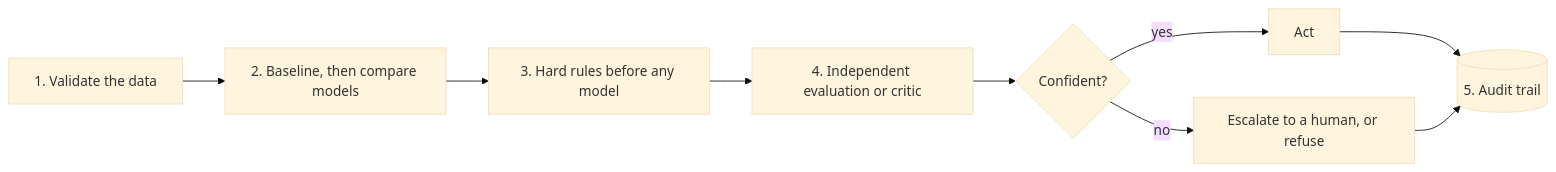
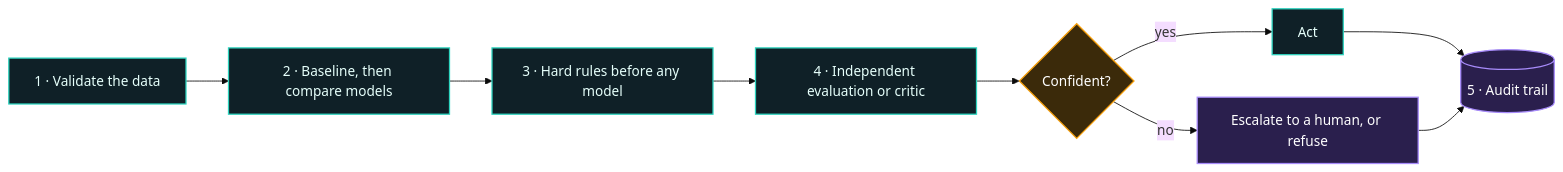
The first of 3 diagrams in README.md (adityapurohit-tech/adityapurohit-tech), drawn with Mermaid (base theme) before and after one commit. The commit also changed other lines of this file, not shown here.

````diff
--- a/README.md
+++ b/README.md
@@ -73,11 +86,17 @@
 ```mermaid
 flowchart LR
-  A["1. Validate the data"] --> B["2. Baseline, then compare models"]
-  B --> C["3. Hard rules before any model"]
-  C --> D["4. Independent evaluation or critic"]
+  A["1 · Validate the data"] --> B["2 · Baseline, then compare models"]
+  B --> C["3 · Hard rules before any model"]
+  C --> D["4 · Independent evaluation or critic"]
   D --> E{"Confident?"}
   E -->|yes| F["Act"]
   E -->|no| G["Escalate to a human, or refuse"]
-  F --> H[("5. Audit trail")]
+  F --> H[("5 · Audit trail")]
   G --> H
+  classDef step fill:#0f2027,stroke:#2dd4bf,color:#e6fffb,stroke-width:1.5px
+  classDef decide fill:#3b2a0a,stroke:#f59e0b,color:#ffffff,stroke-width:1.5px
+  classDef human fill:#2a1f4d,stroke:#a78bfa,color:#ffffff,stroke-width:1.5px
+  class A,B,C,D,F step
+  class E decide
+  class G,H human
 ```
````
